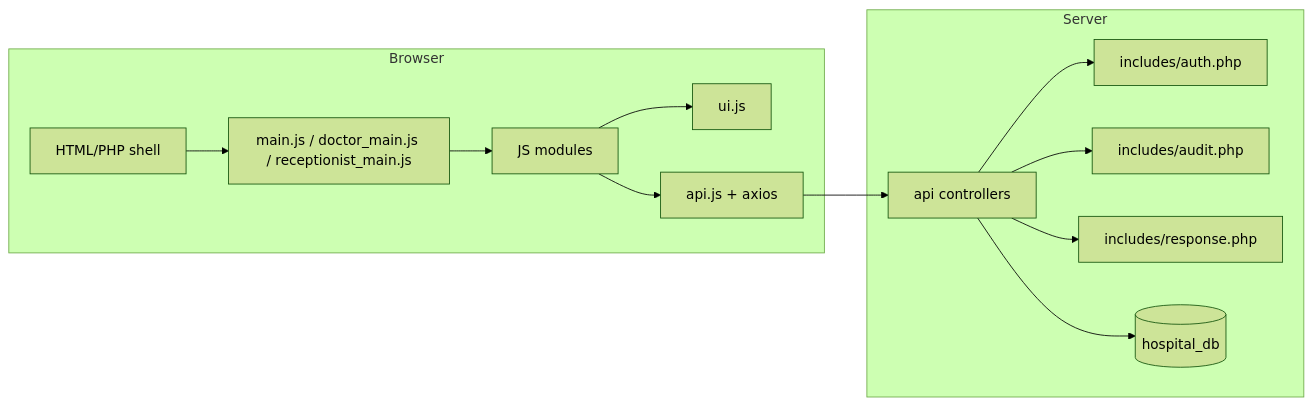
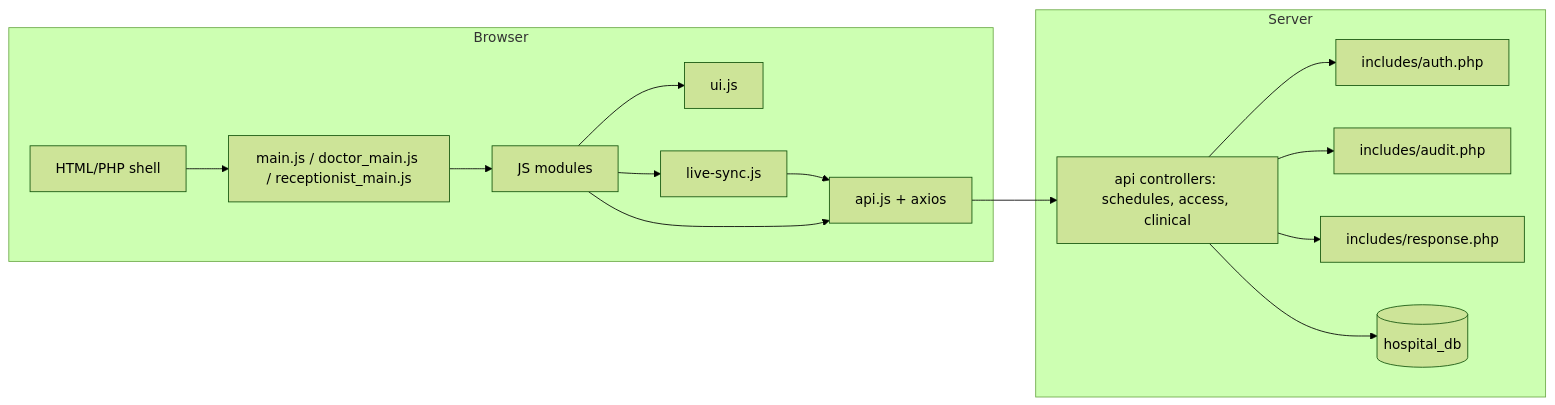
One commit to Zula-stdnt/Clinic-Appointment-and-Patient-Records-System changed the second of 2 diagrams in docs/obsidian-vault/Architecture.md. Above: the diagram before and after it, drawn with Mermaid (forest theme). The commit also changed other lines of this file and 59 other files, not shown here.

````diff
--- a/docs/obsidian-vault/Architecture.md
+++ b/docs/obsidian-vault/Architecture.md
@@ -41,24 +41,27 @@
 ```mermaid
 flowchart LR
     subgraph Browser
         Shell[HTML/PHP shell]
         Router[main.js / doctor_main.js / receptionist_main.js]
         Mod[JS modules]
         T[ui.js]
+        Sync[live-sync.js]
         APIJS[api.js + axios]
     end
     subgraph Server
-        Ctrl[api controllers]
+        Ctrl[api controllers: schedules, access, clinical]
         Auth[includes/auth.php]
         Audit[includes/audit.php]
         Resp[includes/response.php]
         DB[(hospital_db)]
     end
     Shell --> Router --> Mod
     Mod --> T
+    Mod --> Sync
+    Sync --> APIJS
     Mod --> APIJS --> Ctrl
     Ctrl --> Auth
     Ctrl --> Audit
     Ctrl --> Resp
     Ctrl --> DB
 ```
````
